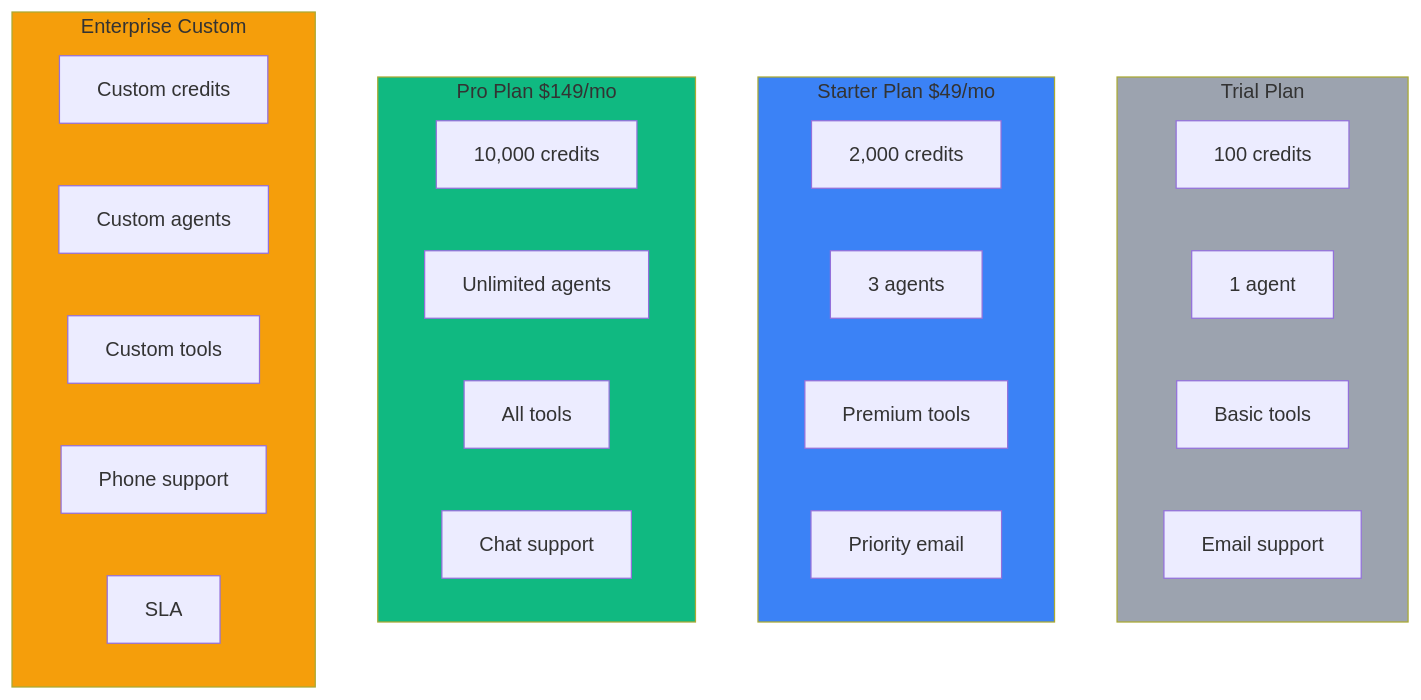
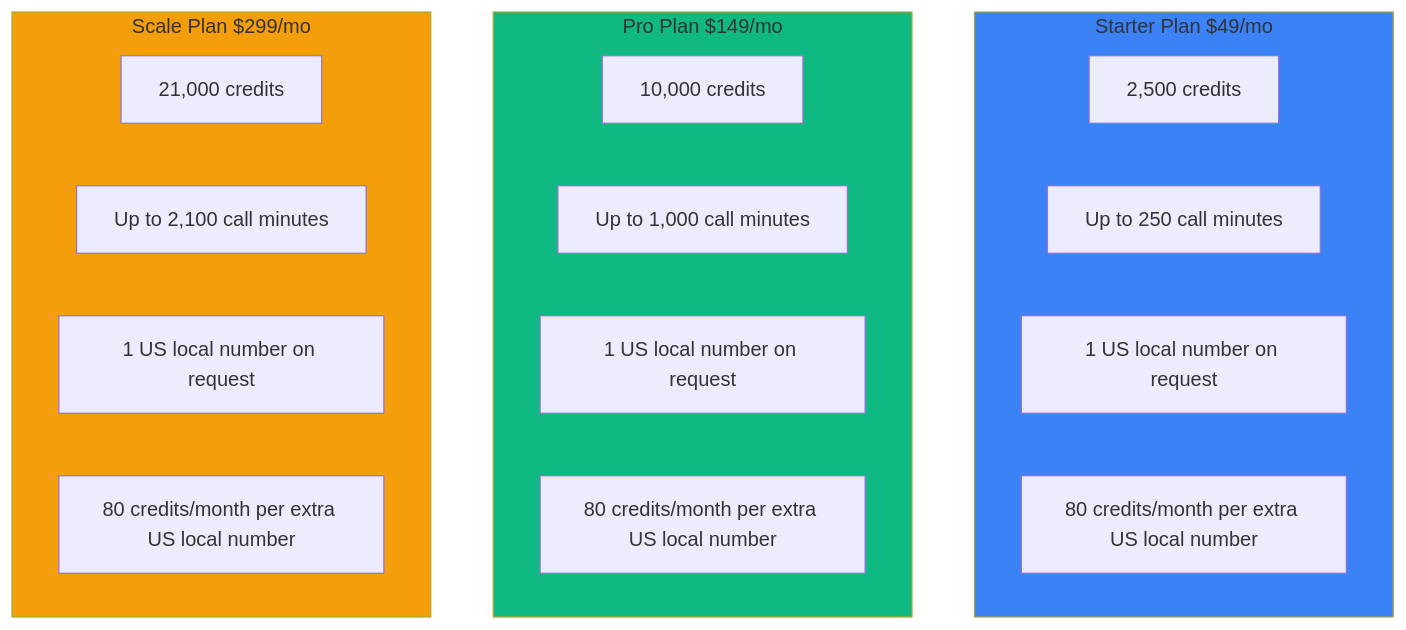
Before and after one commit to gauravdhiman/a1-voice-agent-platform: the fifth of 5 diagrams in docs/02_features/billing/overview.md, drawn with Mermaid. The commit also changed other lines of this file and 177 other files, not shown here.

````diff
--- a/docs/02_features/billing/overview.md
+++ b/docs/02_features/billing/overview.md
@@ -372,36 +398,27 @@
 ```mermaid
 graph TB
-    subgraph Trial[Trial Plan]
-        T1[100 credits]
-        T2[1 agent]
-        T3[Basic tools]
-        T4[Email support]
-    end
-
     subgraph Starter[Starter Plan $49/mo]
-        S1[2,000 credits]
-        S2[3 agents]
-        S3[Premium tools]
-        S4[Priority email]
+        S1[2,500 credits]
+        S2[Up to 250 call minutes]
+        S3[1 US local number on request]
+        S4[80 credits/month per extra US local number]
     end
 
     subgraph Pro[Pro Plan $149/mo]
         P1[10,000 credits]
-        P2[Unlimited agents]
-        P3[All tools]
-        P4[Chat support]
+        P2[Up to 1,000 call minutes]
+        P3[1 US local number on request]
+        P4[80 credits/month per extra US local number]
     end
 
-    subgraph Enterprise[Enterprise Custom]
-        E1[Custom credits]
-        E2[Custom agents]
-        E3[Custom tools]
-        E4[Phone support]
-        E5[SLA]
+    subgraph Scale[Scale Plan $299/mo]
+        E1[21,000 credits]
+        E2[Up to 2,100 call minutes]
+        E3[1 US local number on request]
+        E4[80 credits/month per extra US local number]
     end
 
-    style Trial fill:#9ca3af
     style Starter fill:#3b82f6
     style Pro fill:#10b981
-    style Enterprise fill:#f59e0b
+    style Scale fill:#f59e0b
 ```
````
